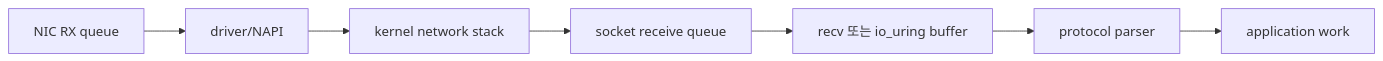
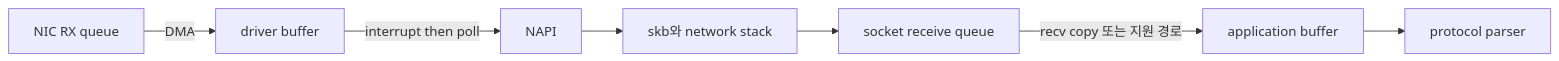
One commit to mj006648/netai-devsecops-runbook changed the diagram in learning/ubuntu-linux-internals/12-network-io-and-kernel-observation.md. Above: the diagram before and after it, drawn with Mermaid. The commit also changed other lines of this file and 68 other files, not shown here.

````diff
--- a/learning/ubuntu-linux-internals/12-network-io-and-kernel-observation.md
+++ b/learning/ubuntu-linux-internals/12-network-io-and-kernel-observation.md
@@ -11,9 +17,9 @@
-```mermaid
+~~~mermaid
 flowchart LR
-    N["NIC RX queue"] --> D["driver/NAPI"]
-    D --> S["kernel network stack"]
-    S --> Q["socket receive queue"]
-    Q --> A["recv 또는 io_uring buffer"]
-    A --> P["protocol parser"]
-    P --> W["application work"]
-```
+ N[NIC RX queue] -->|DMA| B[driver buffer]
+ B -->|interrupt then poll| P[NAPI]
+ P --> S[skb와 network stack]
+ S --> Q[socket receive queue]
+ Q -->|recv copy 또는 지원 경로| U[application buffer]
+ U --> A[protocol parser]
+~~~
````
